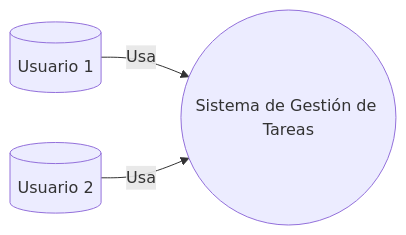
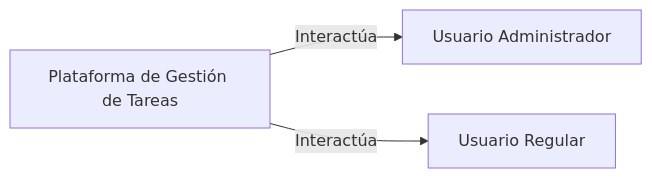
One commit to sanurb/task-manager changed the first of 3 diagrams in README.md. Above: the diagram before and after it, drawn with Mermaid. The commit also changed other lines of this file, not shown here.

Commit message:
chore(README.md): update diagrams in README.md

````diff
--- a/README.md
+++ b/README.md
@@ -2,8 +2,5 @@
 ```mermaid
 graph LR
-  User1[(Usuario 1)]
-  User2[(Usuario 2)]
-  System((Sistema de Gestión de Tareas))
-  User1 -->|Usa| System
-  User2 -->|Usa| System
+    A[Plataforma de Gestión de Tareas] -->|Interactúa| B[Usuario Administrador]
+    A -->|Interactúa| C[Usuario Regular]
 ```
````
